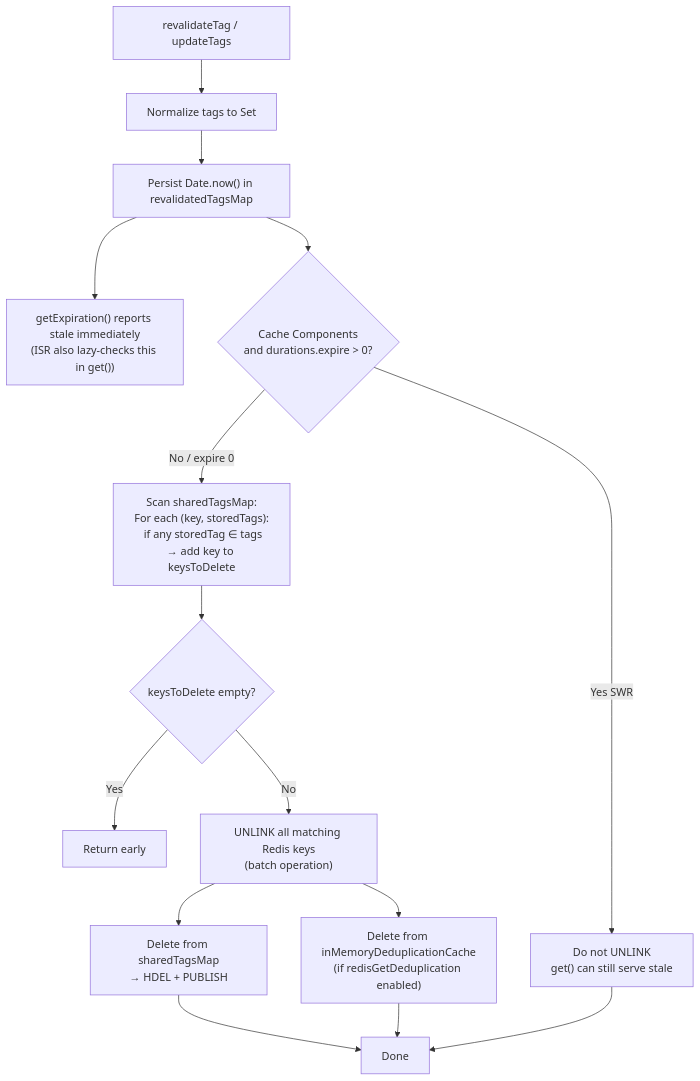
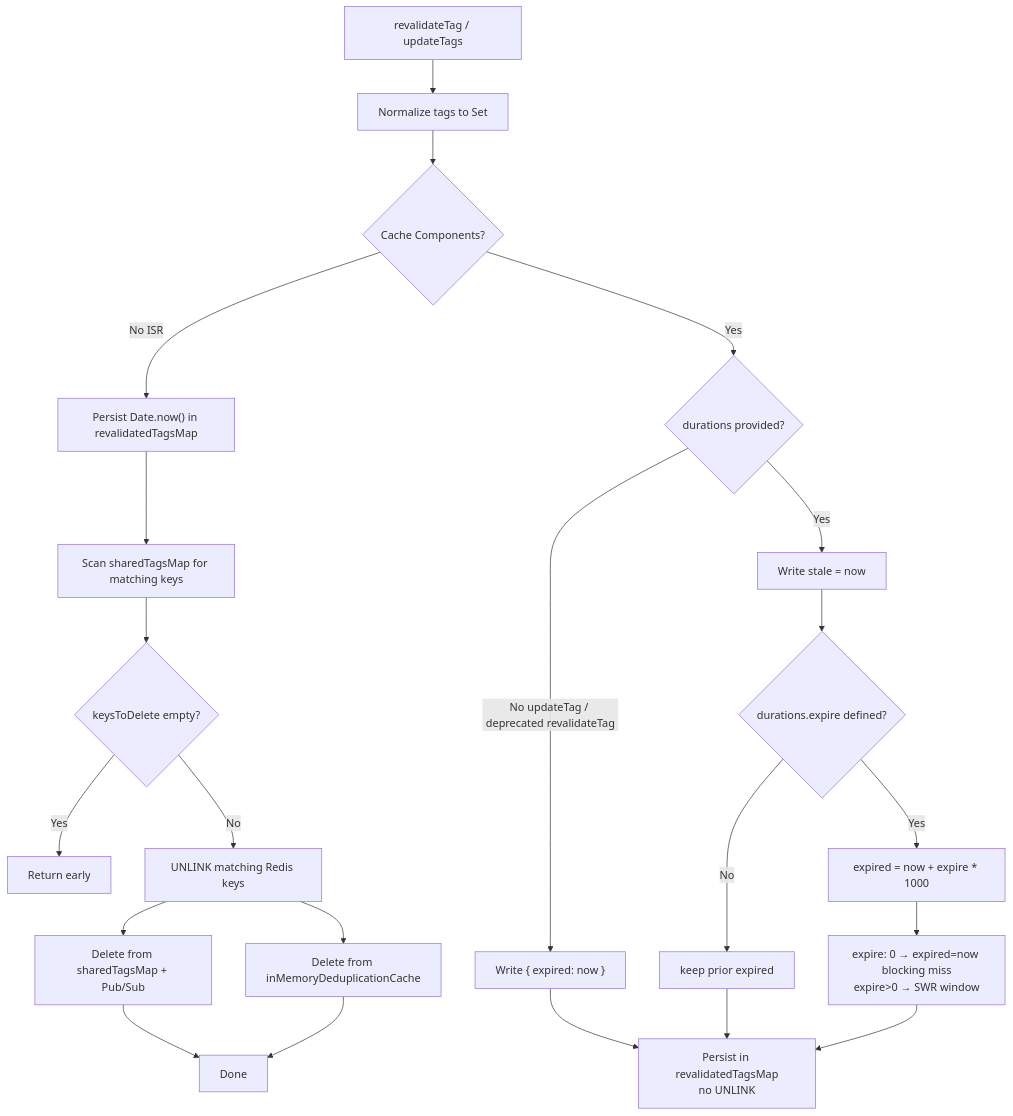
One commit to trieb-work/nextjs-turbo-redis-cache changed the eighth of 9 diagrams in ARCHITECTURE.md. Above: the diagram before and after it, drawn with Mermaid. The commit also changed other lines of this file and 13 other files, not shown here.

First line of the commit message:
fix: match Next.js tag expire SWR windows in Cache Components

````diff
--- a/ARCHITECTURE.md
+++ b/ARCHITECTURE.md
@@ -354,23 +359,26 @@
 ```mermaid
 flowchart TD
     A["revalidateTag / updateTags"] --> B["Normalize tags to Set"]
+    B --> ISR{Cache Components?}
 
-    B --> C["Persist Date.now() in revalidatedTagsMap"]
-    C --> NOTE["getExpiration() reports stale immediately\n(ISR also lazy-checks this in get())"]
-
-    C --> HARD{"Cache Components\nand durations.expire > 0?"}
-    HARD -->|Yes SWR| SKIP["Do not UNLINK\nget() can still serve stale"]
-    HARD -->|No / expire 0| D["Scan sharedTagsMap:\nFor each (key, storedTags):\n  if any storedTag ∈ tags → add key to keysToDelete"]
-
+    ISR -->|No ISR| C["Persist Date.now() in revalidatedTagsMap"]
+    C --> D["Scan sharedTagsMap for matching keys"]
     D --> E{keysToDelete empty?}
     E -->|Yes| F["Return early"]
-    E -->|No| G["UNLINK all matching Redis keys\n(batch operation)"]
-
-    G --> H["Delete from sharedTagsMap\n→ HDEL + PUBLISH"]
-
-    G --> I["Delete from inMemoryDeduplicationCache\n(if redisGetDeduplication enabled)"]
-
+    E -->|No| G["UNLINK matching Redis keys"]
+    G --> H["Delete from sharedTagsMap + Pub/Sub"]
+    G --> I["Delete from inMemoryDeduplicationCache"]
     H --> J["Done"]
     I --> J
-    SKIP --> J
+
+    ISR -->|Yes| K{"durations provided?"}
+    K -->|No updateTag / deprecated revalidateTag| L["Write { expired: now }"]
+    K -->|Yes| M["Write stale = now"]
+    M --> N{"durations.expire defined?"}
+    N -->|Yes| O["expired = now + expire * 1000"]
+    N -->|No| P["keep prior expired"]
+    L --> Q["Persist in revalidatedTagsMap\nno UNLINK"]
+    O --> Q2["expire: 0 → expired=now blocking miss\nexpire>0 → SWR window"]
+    P --> Q
+    Q2 --> Q
 ```
````
